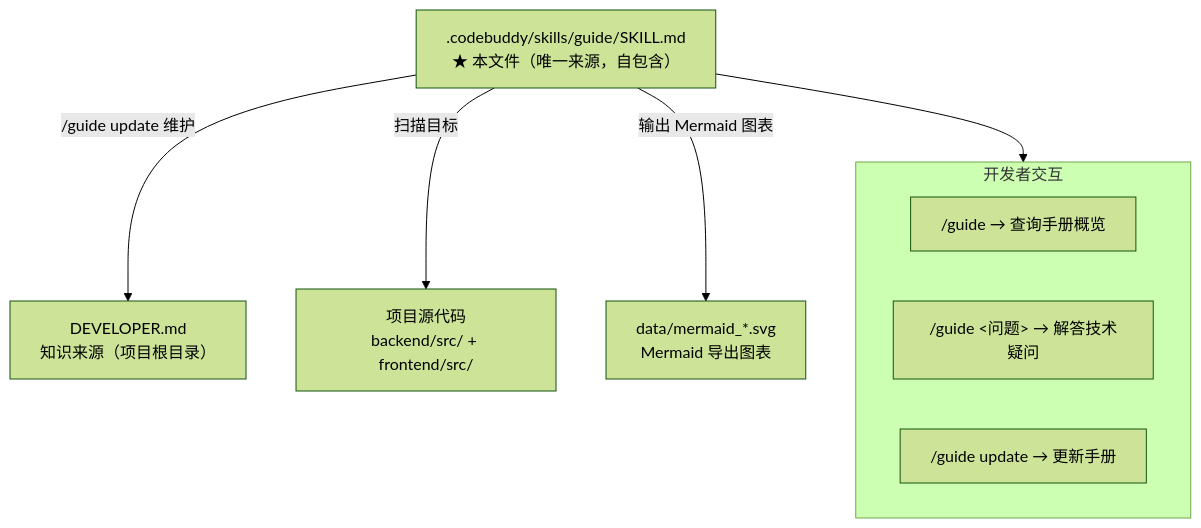
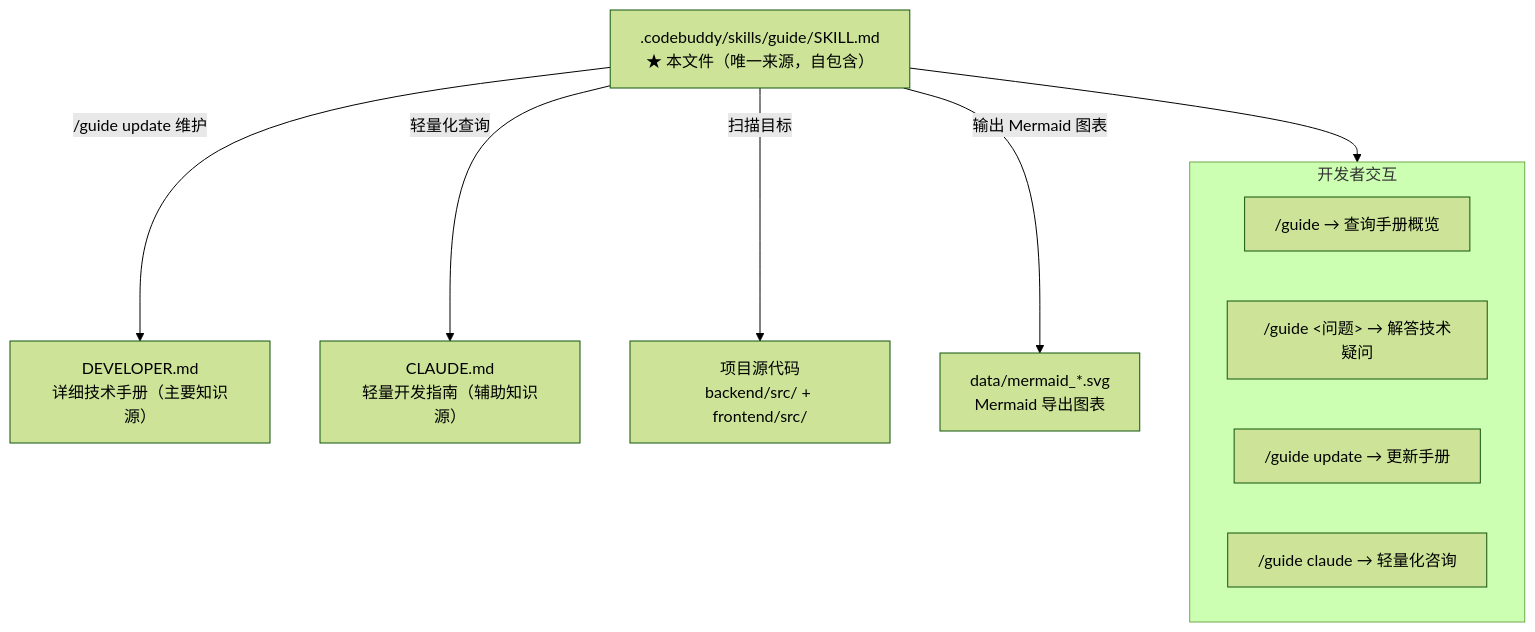
The second of 2 diagrams in .codebuddy/skills/guide/SKILL.md (LavaTap/Lightbulb-AI), drawn with Mermaid (forest theme) before and after one commit. The commit also changed other lines of this file and 26 other files, not shown here.

Commit message:
新增计划面板 支持插入文字图片 连线

````diff
--- a/.codebuddy/skills/guide/SKILL.md
+++ b/.codebuddy/skills/guide/SKILL.md
@@ -276,19 +374,22 @@
 ```mermaid
 graph TB
     Skill[".codebuddy/skills/guide/SKILL.md<br/>★ 本文件（唯一来源，自包含）"]
-    DevMD["DEVELOPER.md<br/>知识来源（项目根目录）"]
+    DevMD["DEVELOPER.md<br/>详细技术手册（主要知识源）"]
+    ClaudeMD["CLAUDE.md<br/>轻量开发指南（辅助知识源）"]
     Source["项目源代码<br/>backend/src/ + frontend/src/"]
     SVG["data/mermaid_*.svg<br/>Mermaid 导出图表"]
     
     Skill -->|"/guide update 维护"| DevMD
+    Skill -->|"轻量化查询"| ClaudeMD
     Skill -->|"扫描目标"| Source
     Skill -->|"输出 Mermaid 图表"| SVG
     
     subgraph Interaction["开发者交互"]
         Guide["/guide → 查询手册概览"]
         GuideQ["/guide &lt;问题&gt; → 解答技术疑问"]
         GuideU["/guide update → 更新手册"]
+        GuideC["/guide claude → 轻量化咨询"]
     end
     
     Skill --> Interaction
 ```
````
